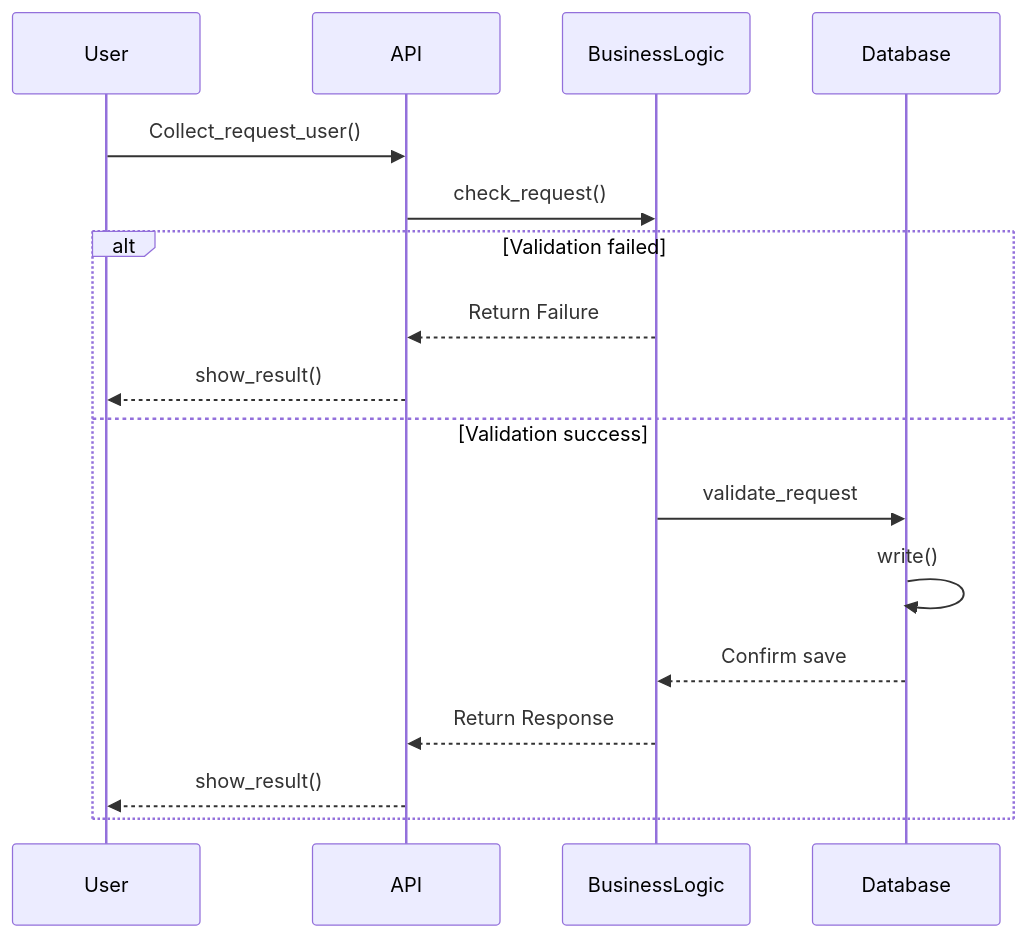
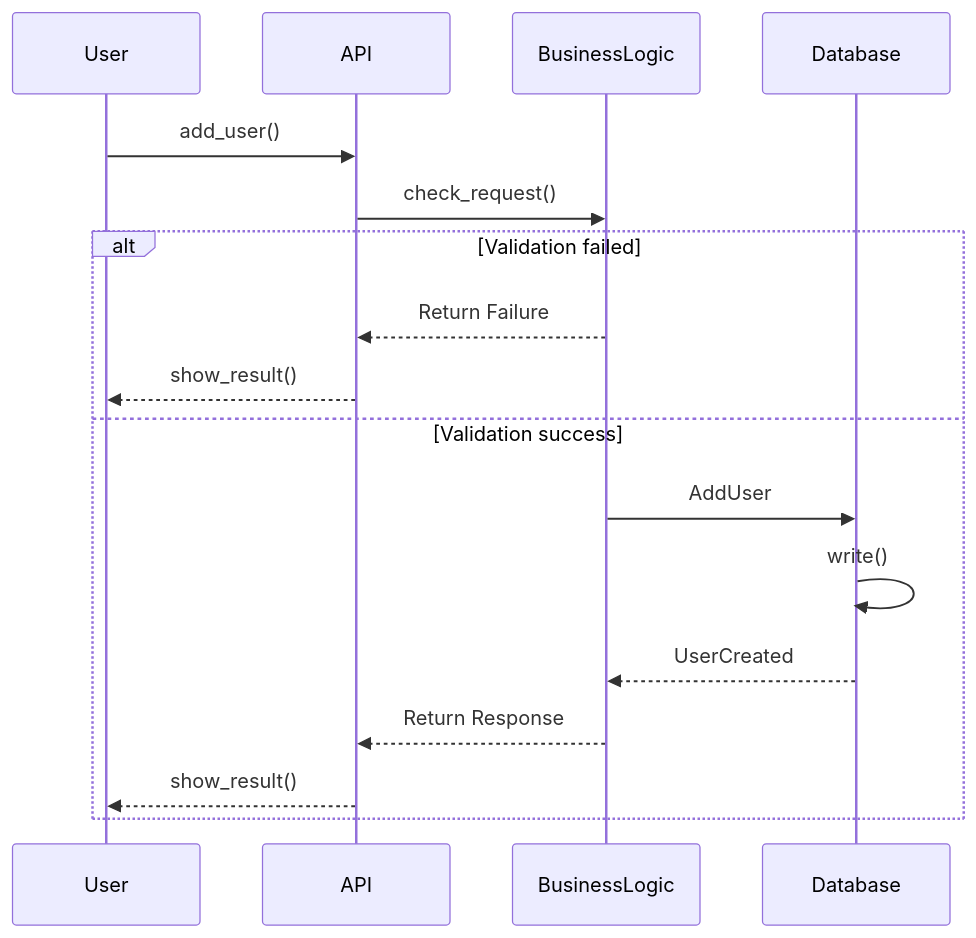
One commit to EnzoMessaoudi/holbertonschool-hbnb changed the diagram in part1/sequence_diagrams.mermaid. Above: the diagram before and after it, drawn with Mermaid.

Commit message:
Change names and logics

```diff
--- a/part1/sequence_diagrams.mermaid
+++ b/part1/sequence_diagrams.mermaid
@@ -1,20 +1,20 @@
 sequenceDiagram
 participant User
 participant API
 participant BusinessLogic
 participant Database
 
-User->>API: Collect_request_user()
+User->>API: add_user()
 API->>BusinessLogic: check_request()
 
 
 alt Validation failed
     BusinessLogic-->>API: Return Failure
     API-->>User:show_result()
 else Validation success
-    BusinessLogic->>Database: validate_request
+    BusinessLogic->>Database: AddUser
     Database->>Database:write()
-    Database-->>BusinessLogic: Confirm save
+    Database-->>BusinessLogic: UserCreated
     BusinessLogic-->>API: Return Response
     API-->>User: show_result()
 end
```
